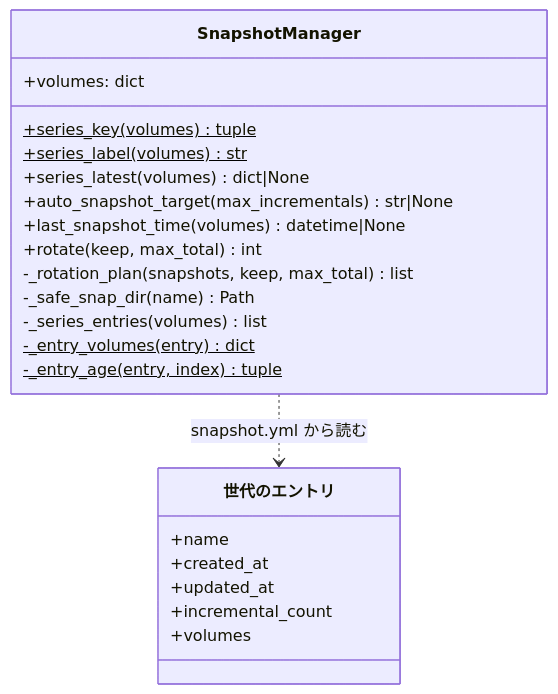
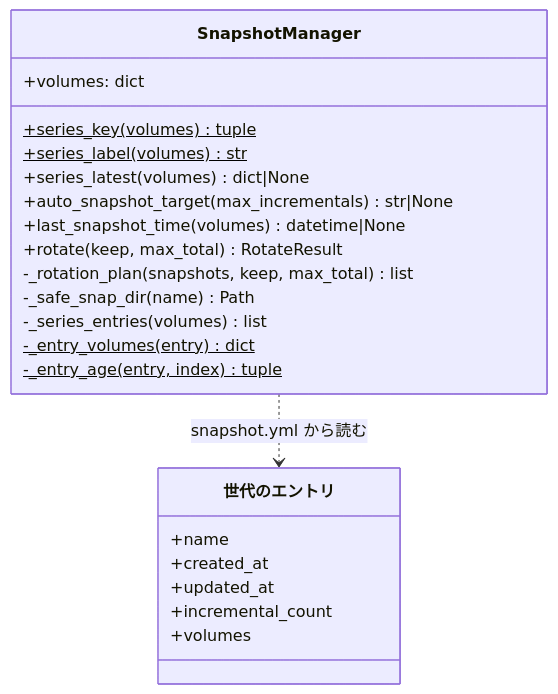
One commit to devbasex/devbase changed the diagram in docs/specifications/snapshot-series.md. Above: the diagram before and after it, drawn with Mermaid. The commit also changed 2 other files, not shown here.

Commit message:
Docs: 決定 6 と既定の書き方を、空の DEV_SERVICE_NAME を dev と読む実装に合わせる (#425 #333)
base-image-chain-build.md の決定 6 は「get_dev_service_name() は空の値をそのまま返す」を
理由にしていた。#425 で Python も未設定か空なら dev と読むようになったため、--service で渡す
形を保つ理由を「読み方が将来分かれても揃う」へ書き直す。あわせて snapshot-series.md の
クラス図の rotate の戻り値を RotateResult に、隔離の検査の出力例の行番号を今の行に直す。

Claude-Session: https://claude.ai/code/session_01436uwddpXYVHsfZa3f8fML

````diff
--- a/docs/specifications/snapshot-series.md
+++ b/docs/specifications/snapshot-series.md
@@ -76,25 +76,25 @@
 ```mermaid
 classDiagram
     class SnapshotManager {
         +volumes: dict
         +series_key(volumes)$ tuple
         +series_label(volumes)$ str
         +series_latest(volumes) dict|None
         +auto_snapshot_target(max_incrementals) str|None
         +last_snapshot_time(volumes) datetime|None
-        +rotate(keep, max_total) int
+        +rotate(keep, max_total) RotateResult
         -_rotation_plan(snapshots, keep, max_total) list
         -_safe_snap_dir(name) Path
         -_series_entries(volumes) list
         -_entry_volumes(entry)$ dict
         -_entry_age(entry, index)$ tuple
     }
     class 世代のエントリ {
         +name
         +created_at
         +updated_at
         +incremental_count
         +volumes
     }
     SnapshotManager ..> 世代のエントリ : snapshot.yml から読む
 ```
````
